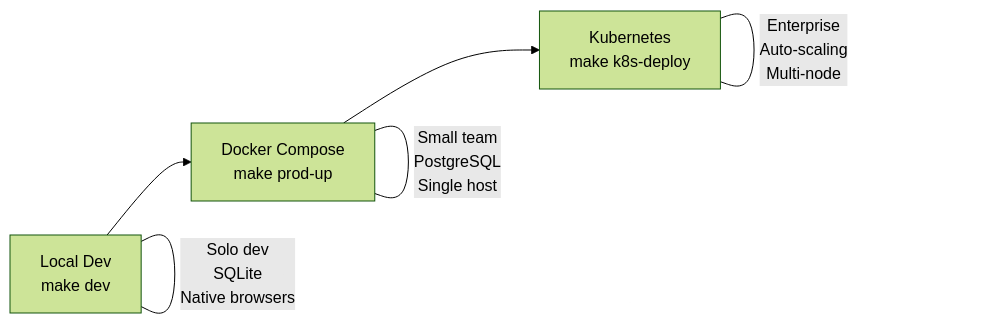
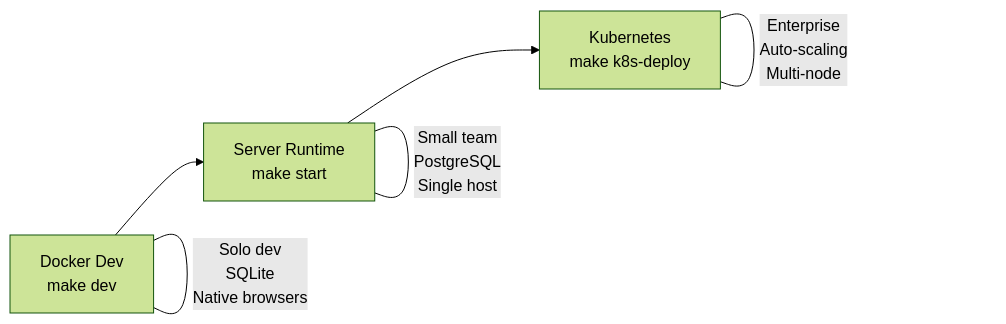
The first of 3 diagrams in docs/explanation/infrastructure.md (NihadMemmedli/quorvex_ai), drawn with Mermaid (forest theme) before and after one commit. The commit also changed other lines of this file and 35 other files, not shown here.

````diff
--- a/docs/explanation/infrastructure.md
+++ b/docs/explanation/infrastructure.md
@@ -12,9 +14,9 @@
 ```mermaid
 graph LR
-    LOCAL["Local Dev<br/>make dev"] --> DOCKER["Docker Compose<br/>make prod-up"]
+    LOCAL["Docker Dev<br/>make dev"] --> DOCKER["Server Runtime<br/>make start"]
     DOCKER --> K8S["Kubernetes<br/>make k8s-deploy"]
 
     LOCAL ---|"Solo dev<br/>SQLite<br/>Native browsers"| LOCAL
     DOCKER ---|"Small team<br/>PostgreSQL<br/>Single host"| DOCKER
     K8S ---|"Enterprise<br/>Auto-scaling<br/>Multi-node"| K8S
 ```
````
